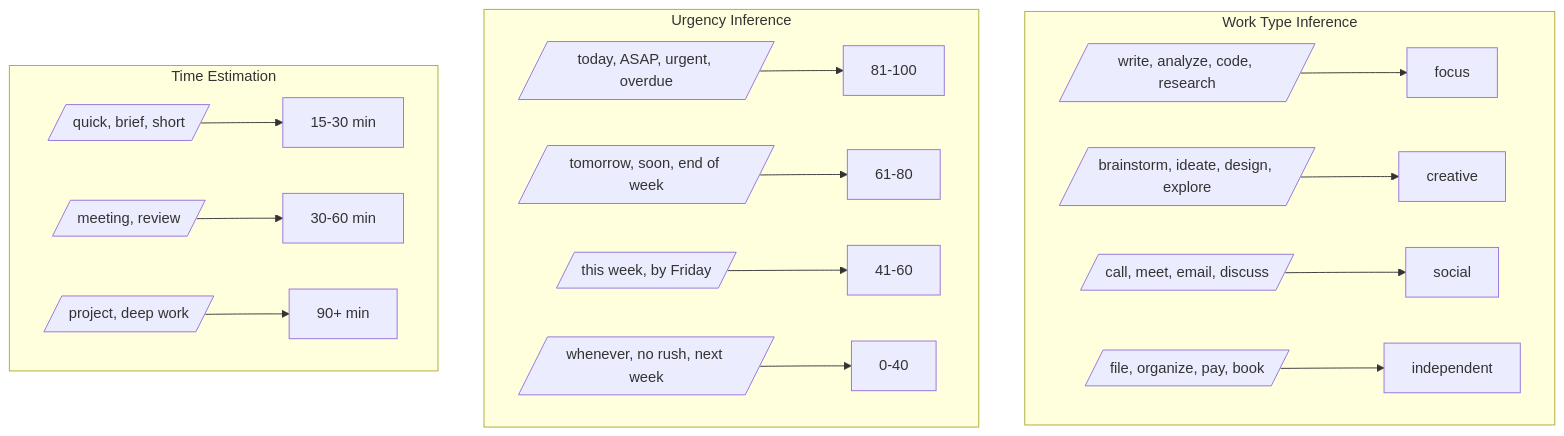
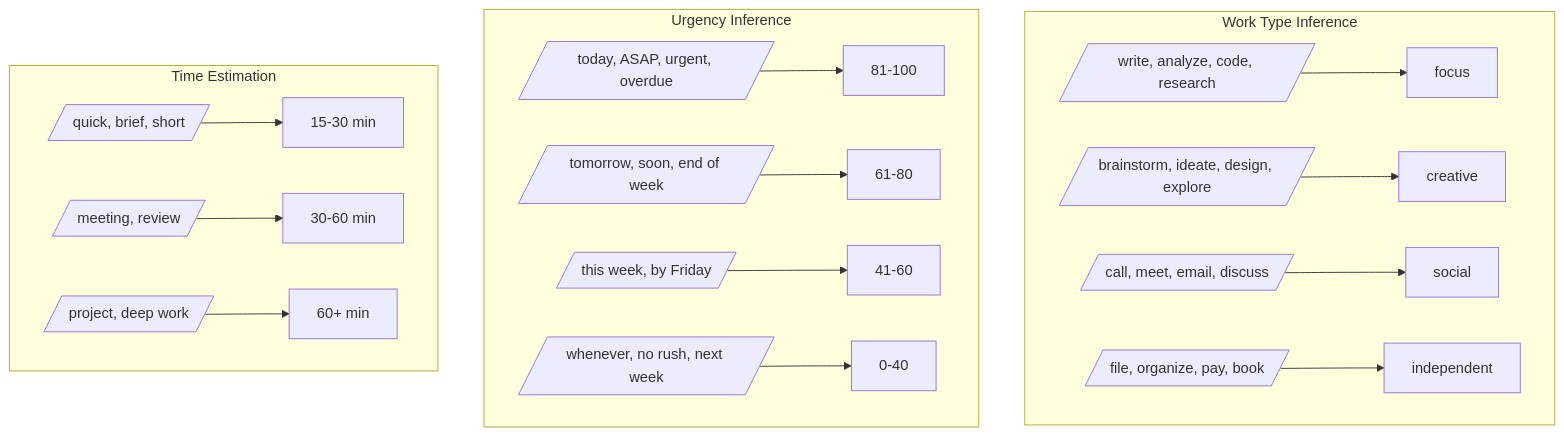
One commit to NickBorgersProbably/hide-my-list changed the fourth of 29 diagrams in docs/task-lifecycle.md. Above: the diagram before and after it, drawn with Mermaid. The commit also changed other lines of this file and 3 other files, not shown here.

````diff
--- a/docs/task-lifecycle.md
+++ b/docs/task-lifecycle.md
@@ -136,22 +136,22 @@
 ```mermaid
 flowchart TD
     subgraph WorkType["Work Type Inference"]
         W1[/"write, analyze, code, research"/] --> Focus[focus]
         W2[/"brainstorm, ideate, design, explore"/] --> Creative[creative]
         W3[/"call, meet, email, discuss"/] --> Social[social]
         W4[/"file, organize, pay, book"/] --> Independent[independent]
     end
 
     subgraph UrgencyRules["Urgency Inference"]
         U1[/"today, ASAP, urgent, overdue"/] --> High[81-100]
         U2[/"tomorrow, soon, end of week"/] --> MedHigh[61-80]
         U3[/"this week, by Friday"/] --> Medium[41-60]
         U4[/"whenever, no rush, next week"/] --> Low[0-40]
     end
 
     subgraph TimeRules["Time Estimation"]
         T1[/"quick, brief, short"/] --> Quick[15-30 min]
         T2[/"meeting, review"/] --> Med[30-60 min]
-        T3[/"project, deep work"/] --> Long[90+ min]
+        T3[/"project, deep work"/] --> Large[60+ min]
     end
 ```
````
